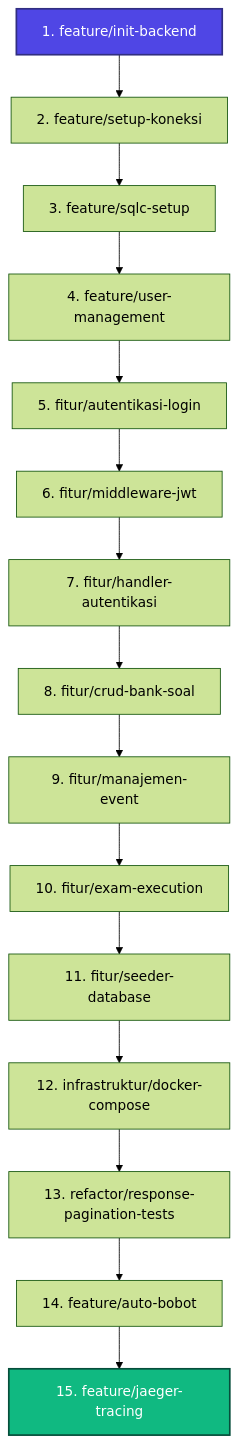
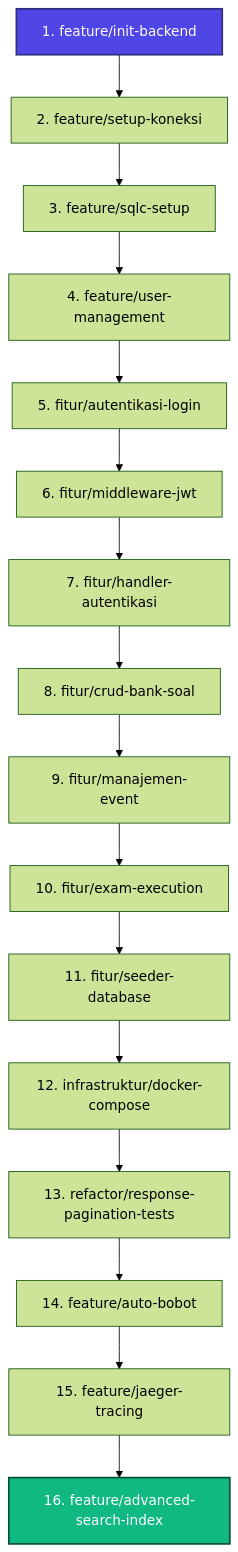
One commit to odealidj/pramuka-CAT changed the diagram in branch-sequence.md. Above: the diagram before and after it, drawn with Mermaid (forest theme). The commit also changed other lines of this file and 24 other files, not shown here.

First line of the commit message:
feat: add advanced search and indexing

````diff
--- a/branch-sequence.md
+++ b/branch-sequence.md
@@ -11,20 +11,21 @@
 ```mermaid
 graph TD
     B1[1. feature/init-backend] --> B2[2. feature/setup-koneksi]
     B2 --> B3[3. feature/sqlc-setup]
     B3 --> B4[4. feature/user-management]
     B4 --> B5[5. fitur/autentikasi-login]
     B5 --> B6[6. fitur/middleware-jwt]
     B6 --> B7[7. fitur/handler-autentikasi]
     B7 --> B8[8. fitur/crud-bank-soal]
     B8 --> B9[9. fitur/manajemen-event]
     B9 --> B10[10. fitur/exam-execution]
     B10 --> B11[11. fitur/seeder-database]
     B11 --> B12[12. infrastruktur/docker-compose]
     B12 --> B13[13. refactor/response-pagination-tests]
     B13 --> B14[14. feature/auto-bobot]
     B14 --> B15[15. feature/jaeger-tracing]
+    B15 --> B16[16. feature/advanced-search-index]
     
     style B1 fill:#4F46E5,stroke:#312E81,stroke-width:2px,color:#fff
-    style B15 fill:#10B981,stroke:#064E3B,stroke-width:2px,color:#fff
+    style B16 fill:#10B981,stroke:#064E3B,stroke-width:2px,color:#fff
 ```
````
